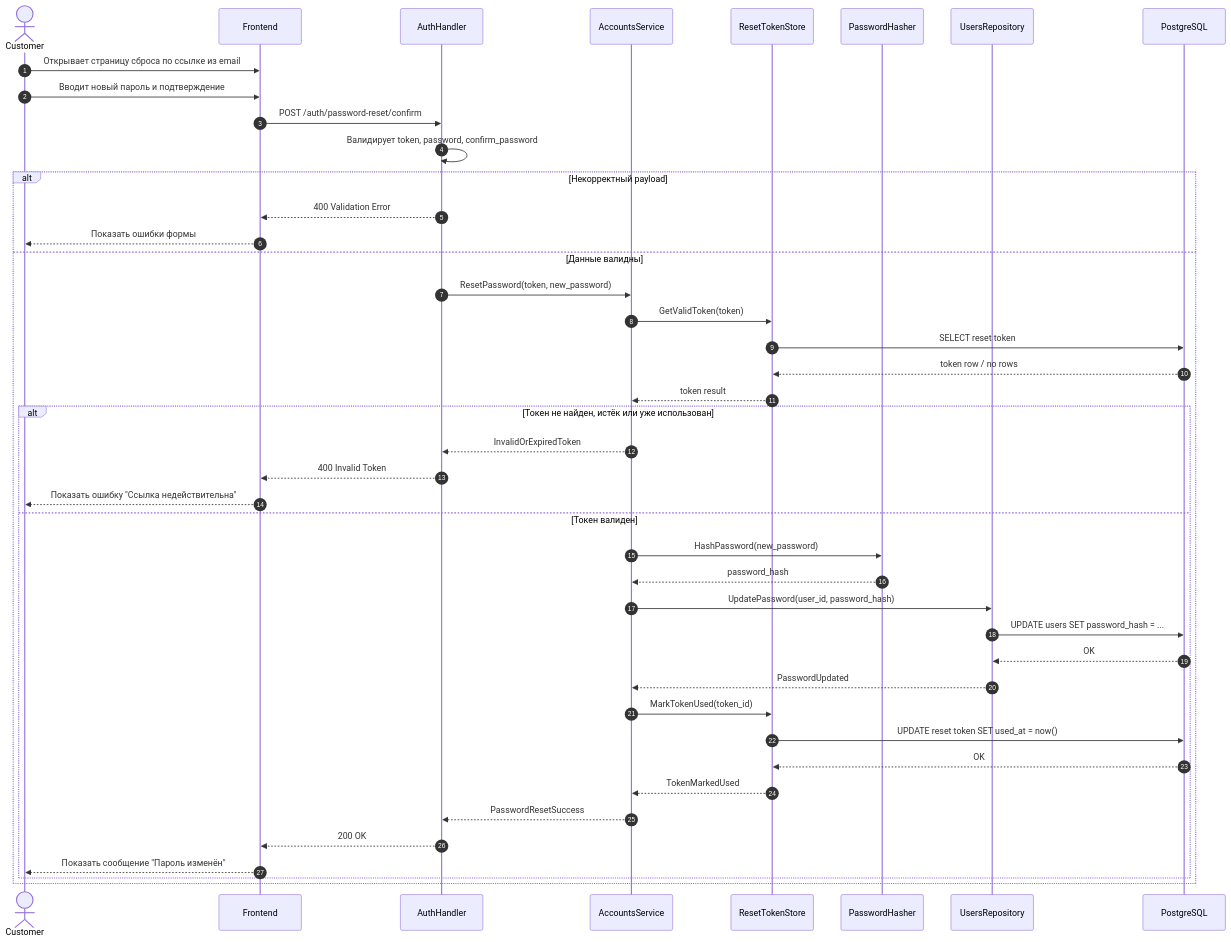
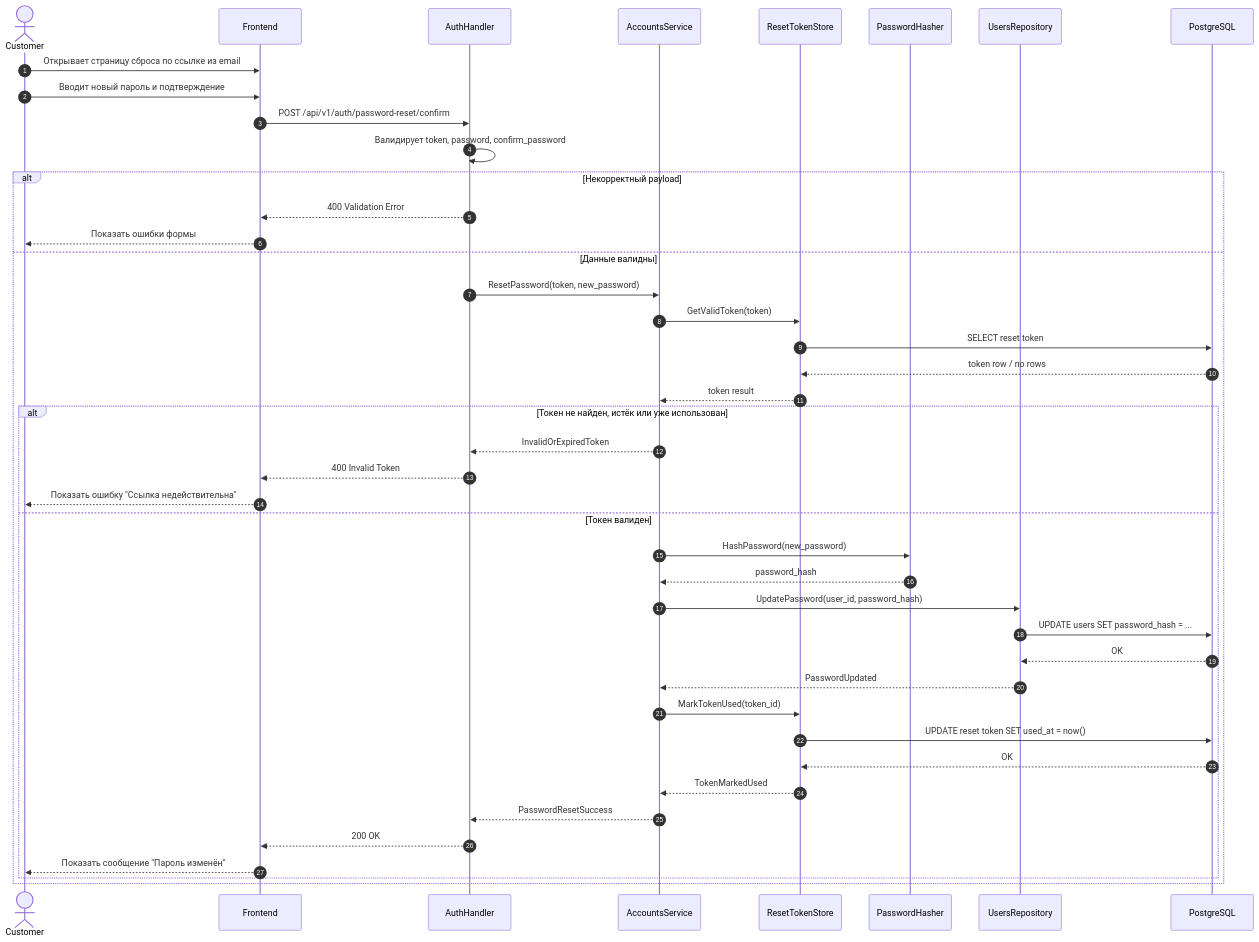
The diagram in docs/Sequence/SD-05.md (k3llone/TrackLink), drawn with Mermaid before and after one commit. The commit also changed 33 other files, not shown here.

````diff
--- a/docs/Sequence/SD-05.md
+++ b/docs/Sequence/SD-05.md
@@ -3,53 +3,53 @@
 ```mermaid
 sequenceDiagram
     autonumber
 
     actor Customer
     participant FE as Frontend
     participant AH as AuthHandler
     participant AS as AccountsService
     participant RT as ResetTokenStore
     participant PH as PasswordHasher
     participant UR as UsersRepository
     participant DB as PostgreSQL
 
     Customer->>FE: Открывает страницу сброса по ссылке из email
     Customer->>FE: Вводит новый пароль и подтверждение
-    FE->>AH: POST /auth/password-reset/confirm
+    FE->>AH: POST /api/v1/auth/password-reset/confirm
 
     AH->>AH: Валидирует token, password, confirm_password
     alt Некорректный payload
         AH-->>FE: 400 Validation Error
         FE-->>Customer: Показать ошибки формы
     else Данные валидны
         AH->>AS: ResetPassword(token, new_password)
 
         AS->>RT: GetValidToken(token)
         RT->>DB: SELECT reset token
         DB-->>RT: token row / no rows
         RT-->>AS: token result
 
         alt Токен не найден, истёк или уже использован
             AS-->>AH: InvalidOrExpiredToken
             AH-->>FE: 400 Invalid Token
             FE-->>Customer: Показать ошибку "Ссылка недействительна"
         else Токен валиден
             AS->>PH: HashPassword(new_password)
             PH-->>AS: password_hash
 
             AS->>UR: UpdatePassword(user_id, password_hash)
             UR->>DB: UPDATE users SET password_hash = ...
             DB-->>UR: OK
             UR-->>AS: PasswordUpdated
 
             AS->>RT: MarkTokenUsed(token_id)
             RT->>DB: UPDATE reset token SET used_at = now()
             DB-->>RT: OK
             RT-->>AS: TokenMarkedUsed
 
             AS-->>AH: PasswordResetSuccess
             AH-->>FE: 200 OK
             FE-->>Customer: Показать сообщение "Пароль изменён"
         end
     end
 ```
````
